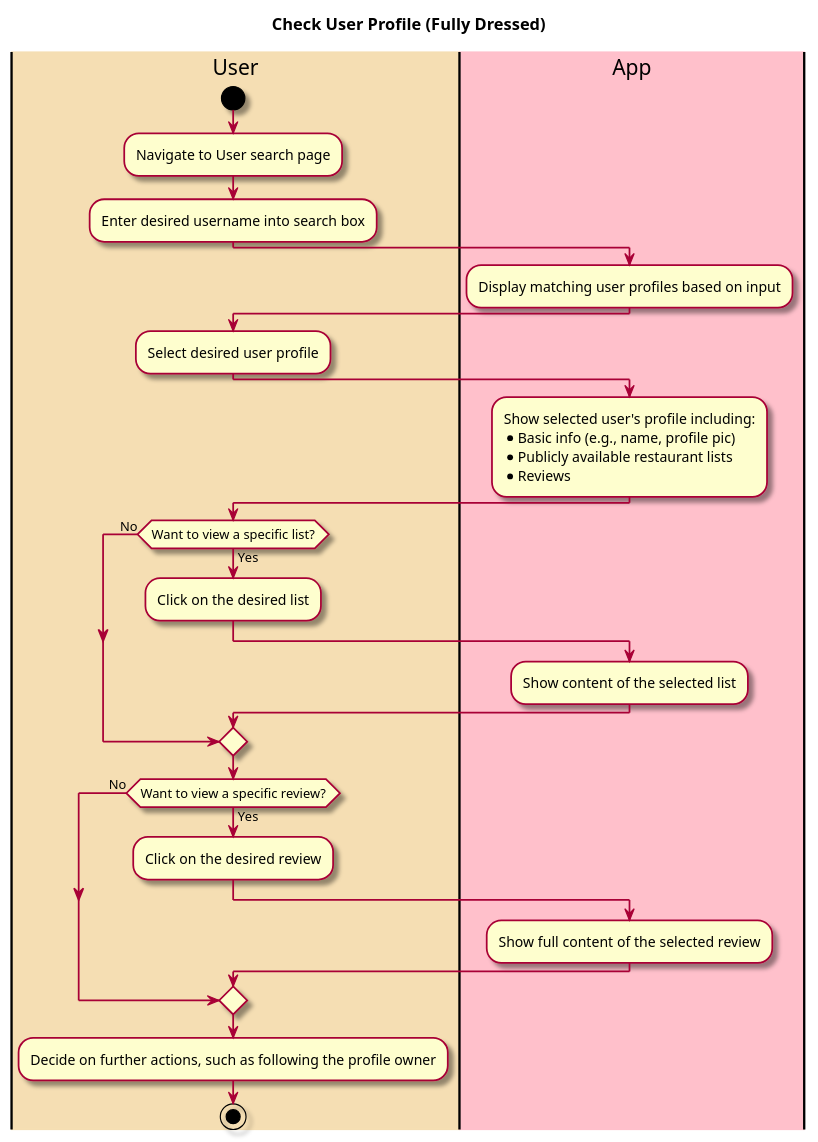
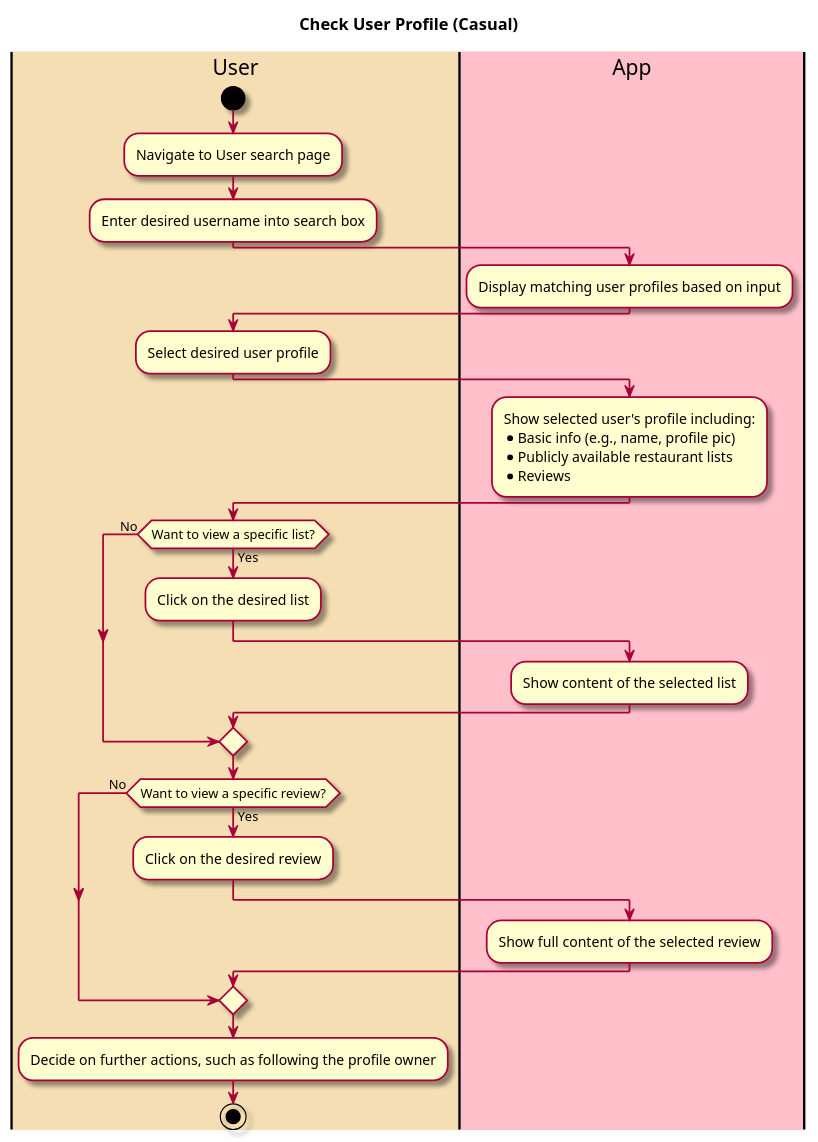
The diagram in intellij/doc/use_cases/check-user.md (tanwasp/LunchBox-Android), drawn with PlantUML before and after one commit. The commit also changed other lines of this file and 4 other files, not shown here.

````diff
--- a/intellij/doc/use_cases/check-user.md
+++ b/intellij/doc/use_cases/check-user.md
@@ -24,51 +24,51 @@
 ```plantuml
 @startuml
 
 skin rose
 
-title Check User Profile (Fully Dressed)
+title Check User Profile (Casual)
 
 |#wheat|User|
 |#pink|App|
 
 |User|
 start
 :Navigate to User search page;
 :Enter desired username into search box;
 
 |App|
 :Display matching user profiles based on input;
 
 |User|
 :Select desired user profile;
 
 |App|
 :Show selected user's profile including:
 * Basic info (e.g., name, profile pic)
 * Publicly available restaurant lists
 * Reviews;
 
 |User|
 if (Want to view a specific list?) is (Yes) then
 :Click on the desired list;
 |App|
 :Show content of the selected list;
 else (No)
 endif
 
 |User|
 if (Want to view a specific review?) is (Yes) then
   :Click on the desired review;
   |App|
   :Show full content of the selected review;
 else (No)
 endif
 
 |User|
 :Decide on further actions, such as following the profile owner;
 
 stop
 
 @enduml
 
 ```
````
